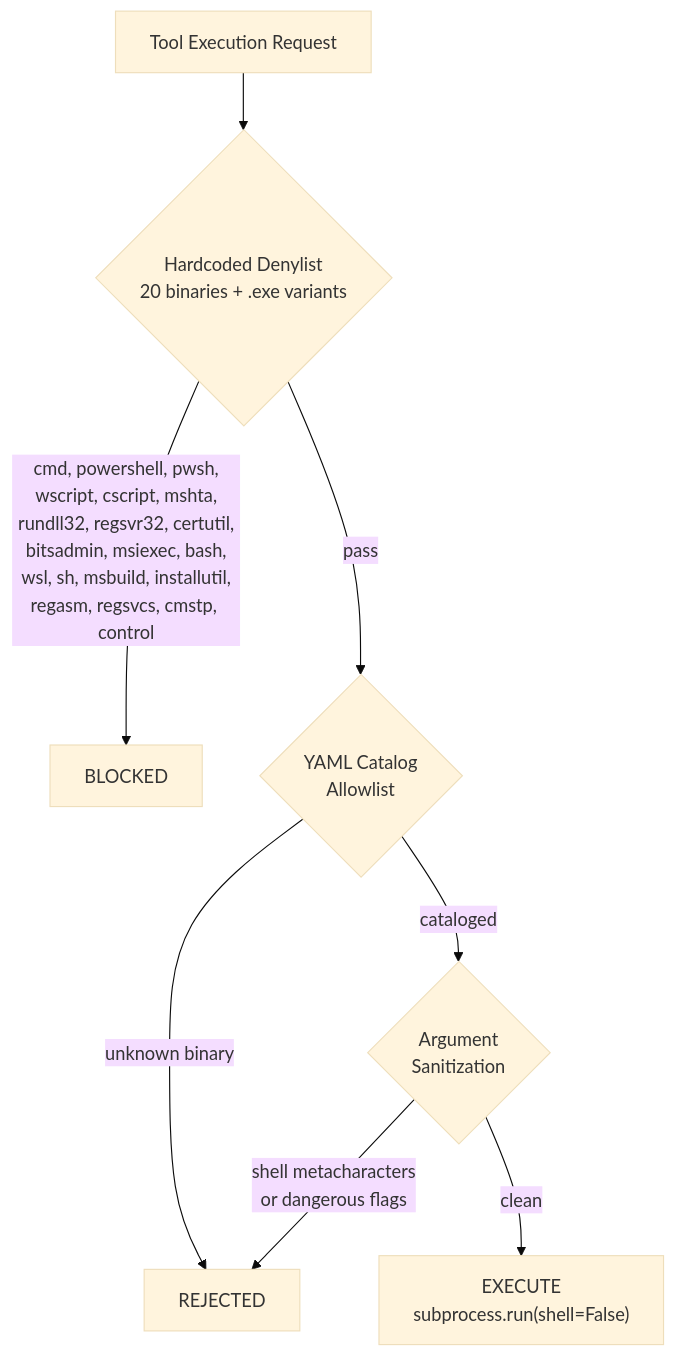
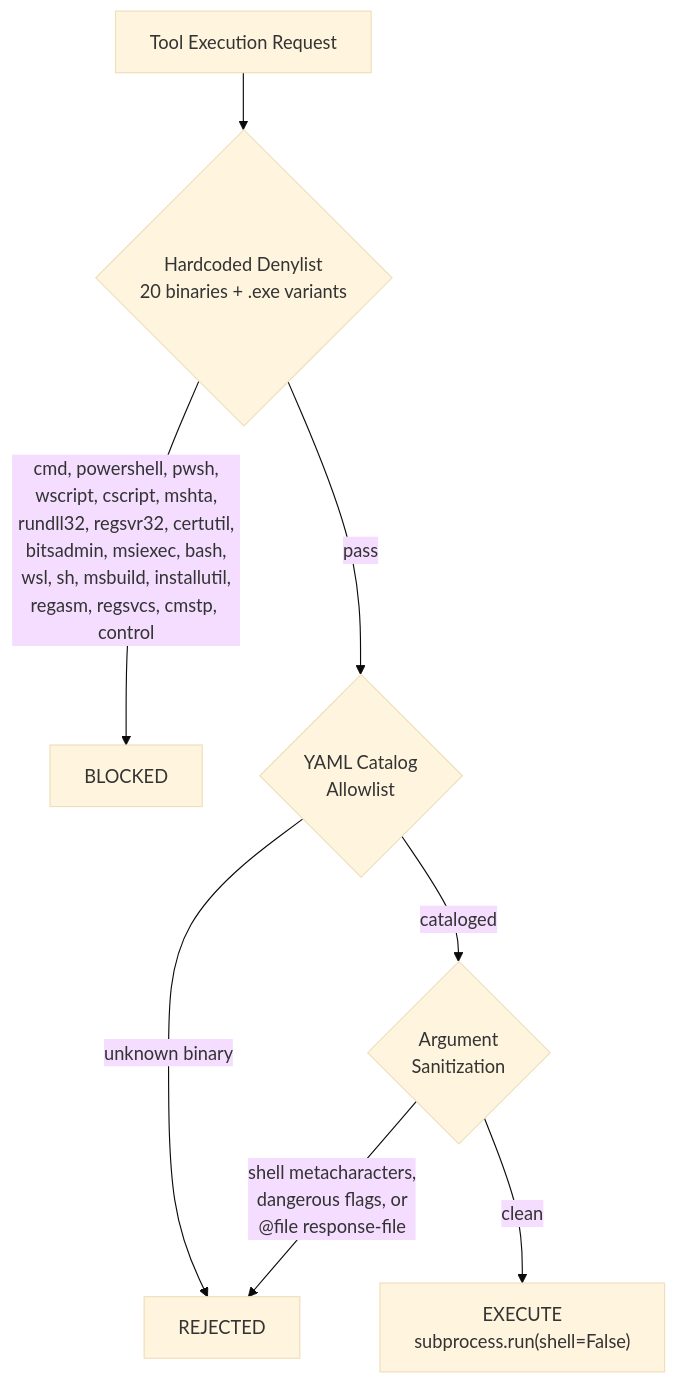
Before and after one commit to AppliedIR/wintools-mcp: the third of 3 diagrams in README.md, drawn with Mermaid (base theme). The commit also changed other lines of this file, not shown here.

Commit message:
Update README: document @file and output flag blocking in security model

````diff
--- a/README.md
+++ b/README.md
@@ -59,10 +59,10 @@
 ```mermaid
 graph TB
     INPUT["Tool Execution Request"] --> D{"Hardcoded Denylist<br/>20 binaries + .exe variants"}
     D -->|"cmd, powershell, pwsh,<br/>wscript, cscript, mshta,<br/>rundll32, regsvr32, certutil,<br/>bitsadmin, msiexec, bash,<br/>wsl, sh, msbuild, installutil,<br/>regasm, regsvcs, cmstp, control"| BLOCKED["BLOCKED"]
     D -->|"pass"| A{"YAML Catalog<br/>Allowlist"}
     A -->|"unknown binary"| REJECTED["REJECTED"]
     A -->|"cataloged"| S{"Argument<br/>Sanitization"}
-    S -->|"shell metacharacters<br/>or dangerous flags"| REJECTED
+    S -->|"shell metacharacters,<br/>dangerous flags, or<br/>@file response-file"| REJECTED
     S -->|"clean"| E["EXECUTE<br/>subprocess.run(shell=False)"]
 ```
````
